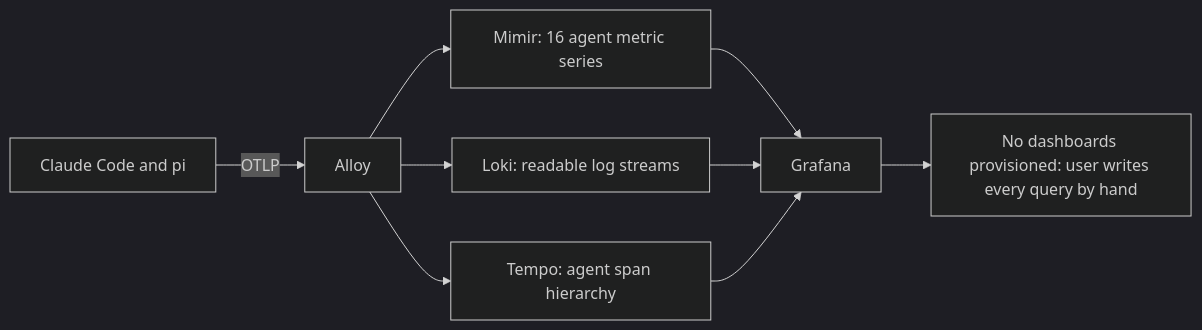
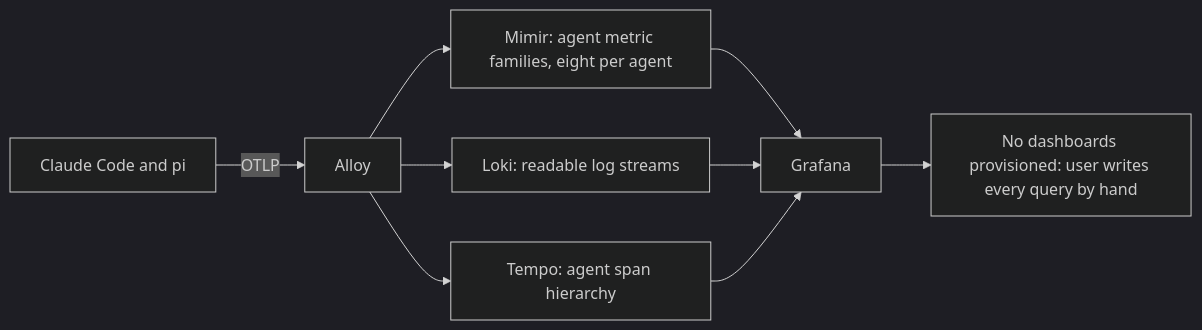
The first of 3 diagrams in docs/cr/CR-0002-baseline-grafana-dashboard.md (desek/agent-observability), drawn with Mermaid (dark theme) before and after one commit. The commit also changed other lines of this file, not shown here.

````diff
--- a/docs/cr/CR-0002-baseline-grafana-dashboard.md
+++ b/docs/cr/CR-0002-baseline-grafana-dashboard.md
@@ -63,11 +63,11 @@
 ```mermaid
 flowchart LR
     AGENT["Claude Code and pi"] -->|"OTLP"| ALLOY["Alloy"]
-    ALLOY --> MIMIR["Mimir: 16 agent metric series"]
+    ALLOY --> MIMIR["Mimir: agent metric families, eight per agent"]
     ALLOY --> LOKI["Loki: readable log streams"]
     ALLOY --> TEMPO["Tempo: agent span hierarchy"]
     MIMIR --> GRAFANA["Grafana"]
     LOKI --> GRAFANA
     TEMPO --> GRAFANA
     GRAFANA --> EMPTY["No dashboards provisioned: user writes every query by hand"]
 ```
````
